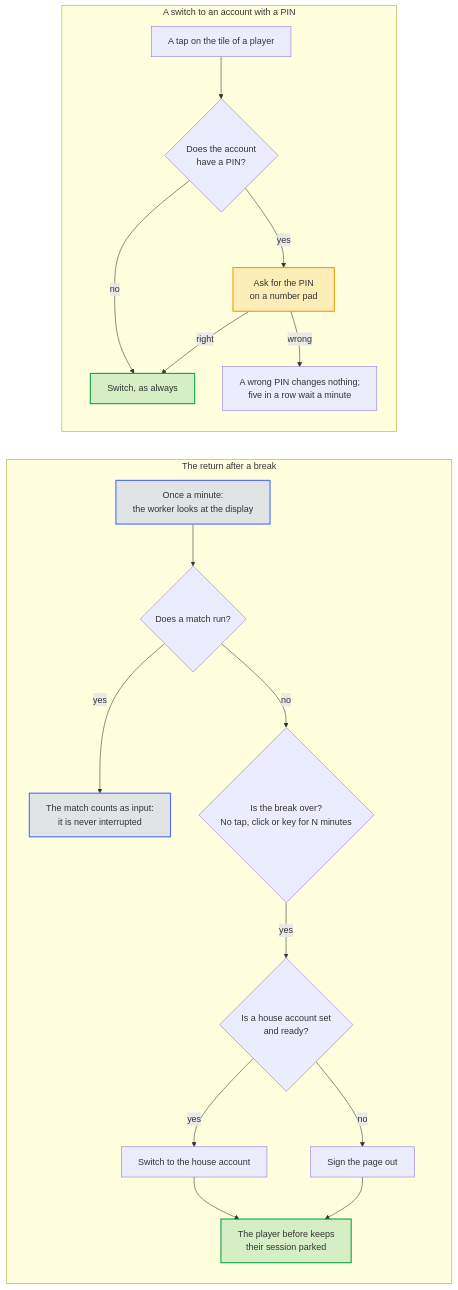
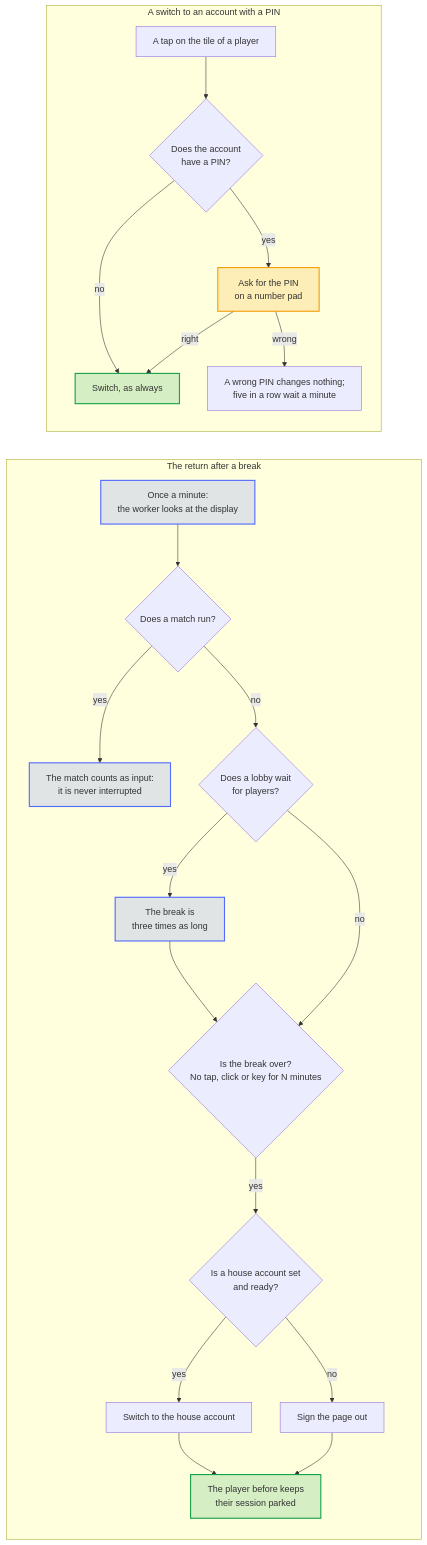
The diagram in docs/diagrams/venue-mode.mmd (Dennis-Otto/player-switch-for-autodarts), drawn with Mermaid before and after one commit. The commit also changed 21 other files, not shown here.

First line of the commit message:
fix(venue): a lobby that waits for players holds the display past the break (#249)

```diff
--- a/docs/diagrams/venue-mode.mmd
+++ b/docs/diagrams/venue-mode.mmd
@@ -1,51 +1,55 @@
 ---
 config:
   flowchart:
     wrappingWidth: 400
 ---
 flowchart TB
     accTitle: The venue mode at a club or pub display
-    accDescr: A tap on the tile of an account with a PIN asks for that PIN before anything changes; a wrong one changes nothing, and five in a row lock every PIN for a minute. Once a minute, the service worker looks whether the break is over. A match that runs counts as input, so a match is never interrupted. After the break, the display switches to the house account, or signs out when none is set or it has to sign in again; either way the player before keeps their session parked.
+    accDescr: A tap on the tile of an account with a PIN asks for that PIN before anything changes; a wrong one changes nothing, and five in a row lock every PIN for a minute. Once a minute, the service worker looks whether the break is over. A match that runs counts as input, so a match is never interrupted, and a lobby that waits for players makes the break three times as long. After the break, the display switches to the house account, or signs out when none is set or it has to sign in again; either way the player before keeps their session parked.
 
     subgraph pins["A switch to an account with a PIN"]
         direction TB
         tap["A tap on the tile of a player"]
         haspin{"Does the account<br>have a PIN?"}
         pin["Ask for the PIN<br>on a number pad"]
         wrong["A wrong PIN changes nothing;<br>five in a row wait a minute"]
         switch["Switch, as always"]
 
         tap --> haspin
         haspin -- "no" --> switch
         haspin -- "yes" --> pin
         pin -- "right" --> switch
         pin -- "wrong" --> wrong
     end
 
     subgraph pause["The return after a break"]
         direction TB
         look["Once a minute:<br>the worker looks at the display"]
         match{"Does a match run?"}
         counts["The match counts as input:<br>it is never interrupted"]
+        lobby{"Does a lobby wait<br>for players?"}
+        longer["The break is<br>three times as long"]
         over{"Is the break over?<br>No tap, click or key for N minutes"}
         house{"Is a house account set<br>and ready?"}
         back["Switch to the house account"]
         out["Sign the page out"]
         parked["The player before keeps<br>their session parked"]
 
         look --> match
         match -- "yes" --> counts
-        match -- "no" --> over
+        match -- "no" --> lobby
+        lobby -- "yes" --> longer --> over
+        lobby -- "no" --> over
         over -- "yes" --> house
         house -- "yes" --> back --> parked
         house -- "no" --> out --> parked
     end
 
     pins ~~~ pause
 
     classDef bot fill:#526cfe2e,stroke:#526cfe,stroke-width:2px
     classDef person fill:#f59e0b2e,stroke:#f59e0b,stroke-width:2px
     classDef done fill:#16a34a2e,stroke:#16a34a,stroke-width:2px
-    class look,counts bot
+    class look,counts,longer bot
     class pin person
     class switch,parked done
```
